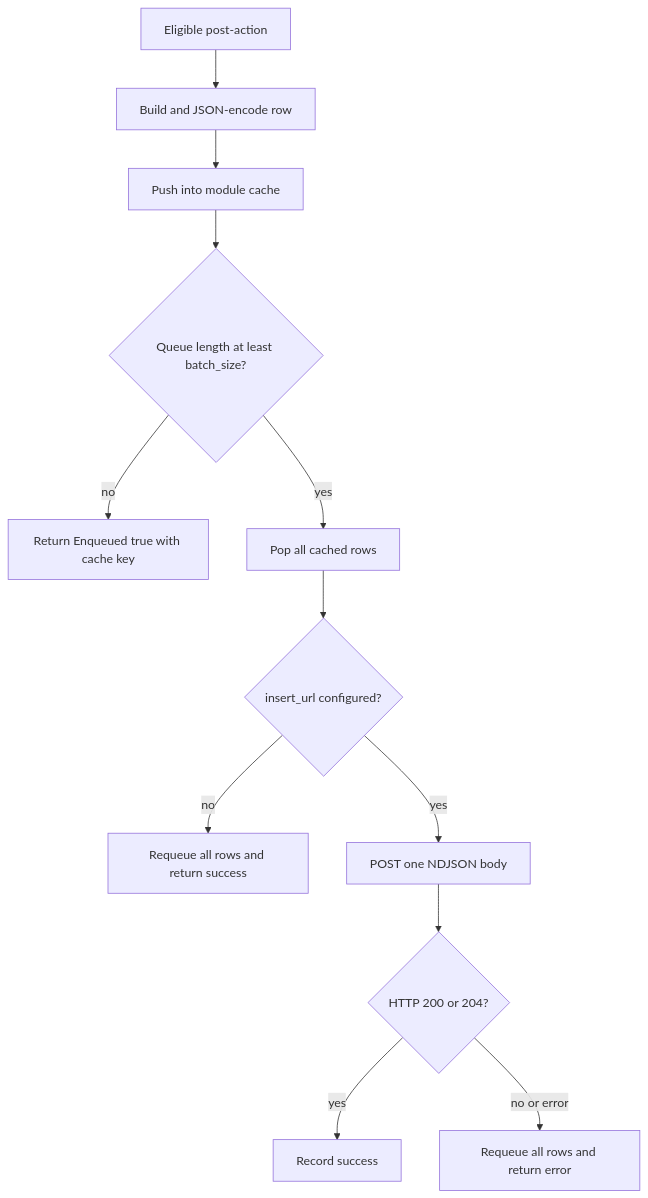
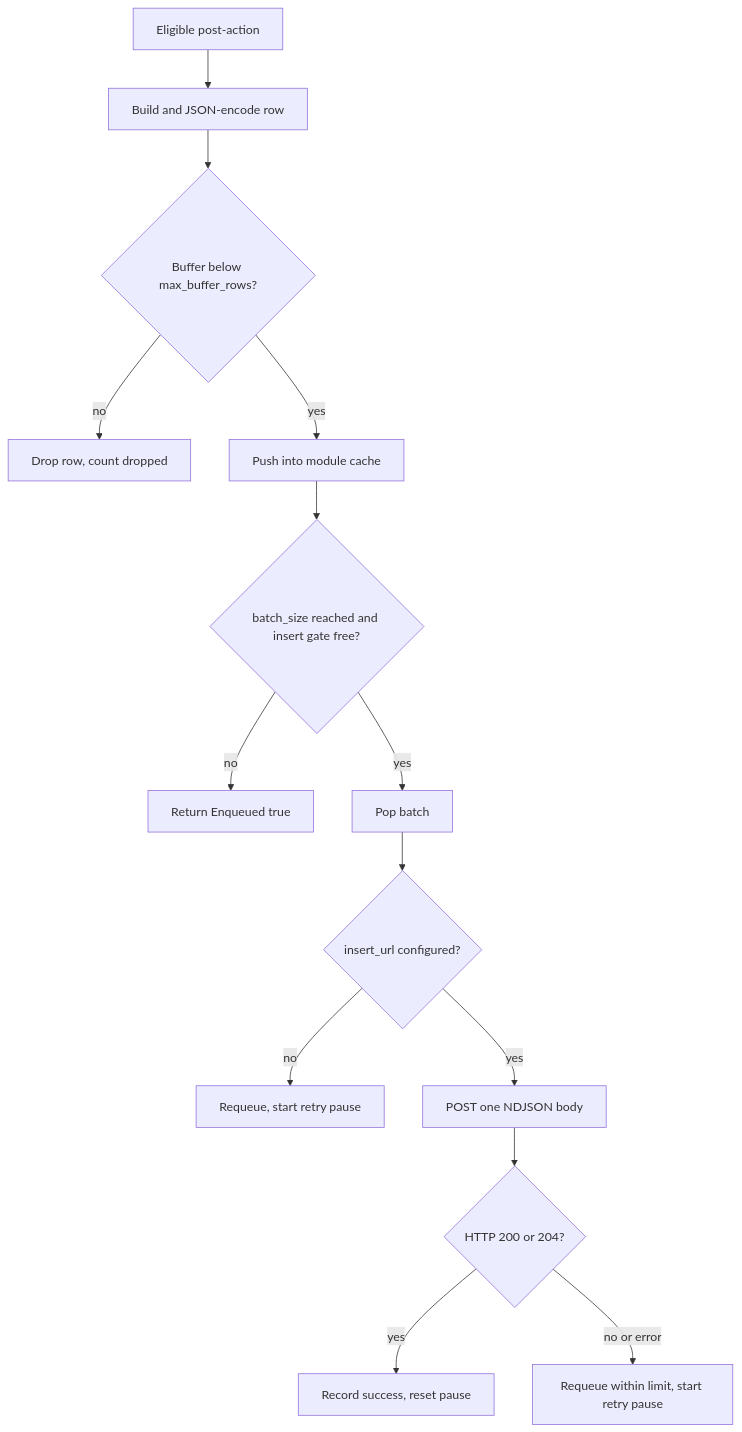
The diagram in docs/developer/go-plugins/reference-plugins/clickhouse.md (croessner/nauthilus-website), drawn with Mermaid before and after one commit. The commit also changed other lines of this file and 657 other files, not shown here.

````diff
--- a/docs/developer/go-plugins/reference-plugins/clickhouse.md
+++ b/docs/developer/go-plugins/reference-plugins/clickhouse.md
@@ -103,14 +107,16 @@
 ```mermaid
 flowchart TD
     A[Eligible post-action] --> B[Build and JSON-encode row]
-    B --> C[Push into module cache]
-    C --> D{Queue length at least batch_size?}
-    D -- no --> E[Return Enqueued true with cache key]
-    D -- yes --> F[Pop all cached rows]
-    F --> G{insert_url configured?}
-    G -- no --> H[Requeue all rows and return success]
-    G -- yes --> I[POST one NDJSON body]
-    I --> J{HTTP 200 or 204?}
-    J -- yes --> K[Record success]
-    J -- no or error --> L[Requeue all rows and return error]
+    B --> C{Buffer below max_buffer_rows?}
+    C -- no --> X[Drop row, count dropped]
+    C -- yes --> D[Push into module cache]
+    D --> E{batch_size reached and insert gate free?}
+    E -- no --> F[Return Enqueued true]
+    E -- yes --> G[Pop batch]
+    G --> H{insert_url configured?}
+    H -- no --> I[Requeue, start retry pause]
+    H -- yes --> J[POST one NDJSON body]
+    J --> K{HTTP 200 or 204?}
+    K -- yes --> L[Record success, reset pause]
+    K -- no or error --> M[Requeue within limit, start retry pause]
 ```
````
